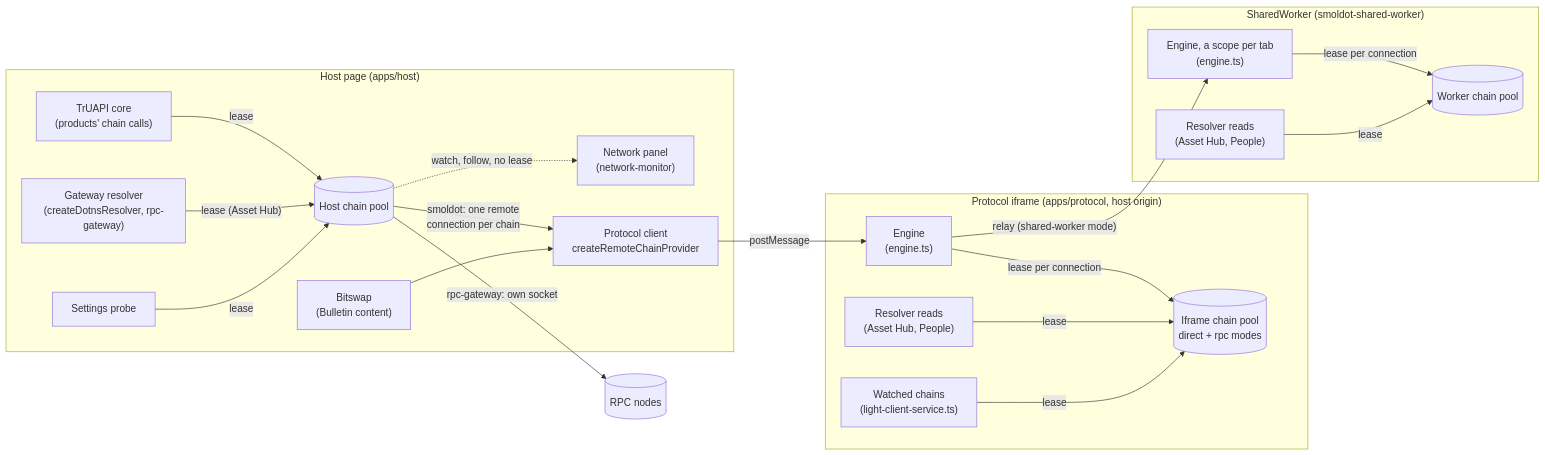
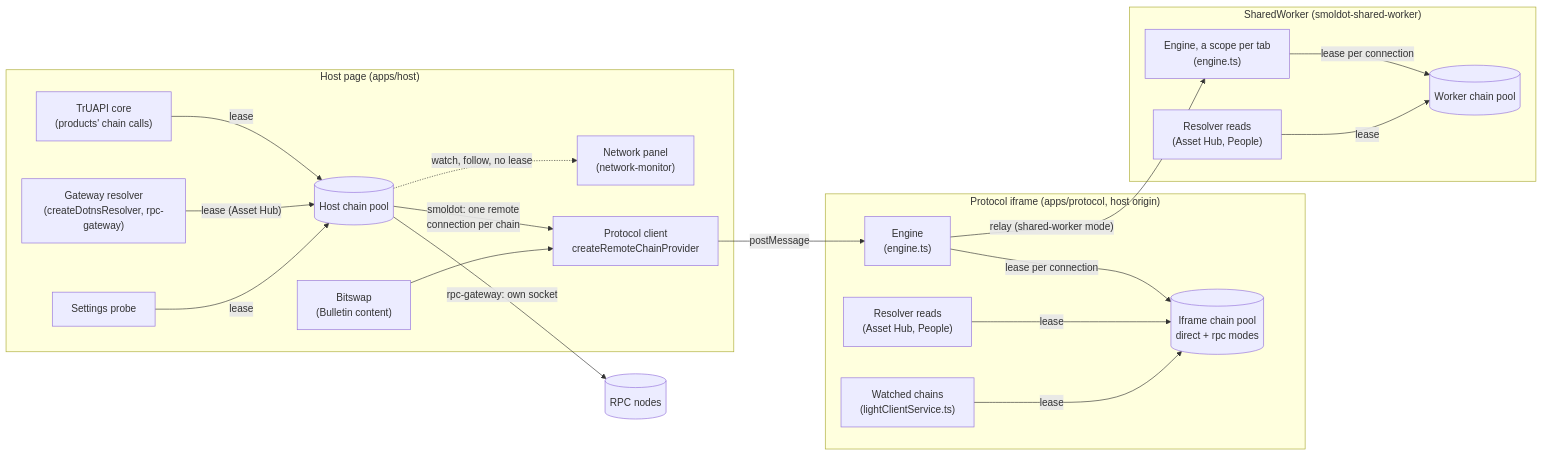
The first of 7 diagrams in docs/chain-connections.md (paritytech/dotli-community), drawn with Mermaid before and after one commit. The commit also changed other lines of this file and 1451 other files, not shown here.

````diff
--- a/docs/chain-connections.md
+++ b/docs/chain-connections.md
@@ -36,42 +36,42 @@
 ```mermaid
 flowchart LR
   subgraph Host["Host page (apps/host)"]
     Core["TrUAPI core<br/>(products' chain calls)"]
     RpcResolve["Gateway resolver<br/>(createDotnsResolver, rpc-gateway)"]
     Panel["Network panel<br/>(network-monitor)"]
     Probe["Settings probe"]
     Bitswap["Bitswap<br/>(Bulletin content)"]
     Client["Protocol client<br/>createRemoteChainProvider"]
     HostPool[("Host chain pool")]
   end
 
   subgraph Iframe["Protocol iframe (apps/protocol, host origin)"]
     Engine["Engine<br/>(engine.ts)"]
     IframePool[("Iframe chain pool<br/>direct + rpc modes")]
     Resolver["Resolver reads<br/>(Asset Hub, People)"]
-    Observe["Watched chains<br/>(light-client-service.ts)"]
+    Observe["Watched chains<br/>(lightClientService.ts)"]
   end
 
   subgraph Worker["SharedWorker (smoldot-shared-worker)"]
     Sessions["Engine, a scope per tab<br/>(engine.ts)"]
     WorkerPool[("Worker chain pool")]
     WResolver["Resolver reads<br/>(Asset Hub, People)"]
   end
 
   Nodes[("RPC nodes")]
 
   Core -- lease --> HostPool
   RpcResolve -- "lease (Asset Hub)" --> HostPool
   HostPool -.->|"watch, follow, no lease"| Panel
   Probe -- lease --> HostPool
   HostPool -- "rpc-gateway: own socket" --> Nodes
   HostPool -- "smoldot: one remote<br/>connection per chain" --> Client
   Bitswap --> Client
   Client -- postMessage --> Engine
   Engine -- "lease per connection" --> IframePool
   Resolver -- lease --> IframePool
   Observe -- lease --> IframePool
   Engine -- "relay (shared-worker mode)" --> Sessions
   Sessions -- "lease per connection" --> WorkerPool
   WResolver -- lease --> WorkerPool
 ```
````
